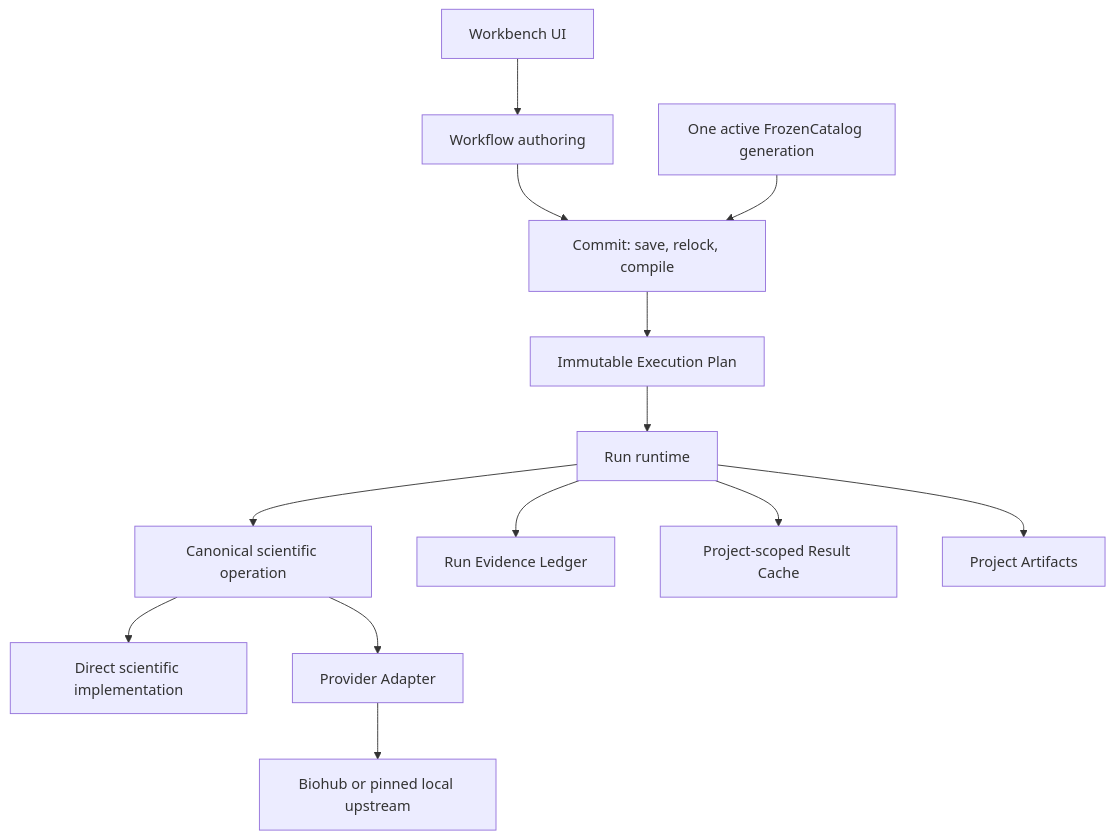
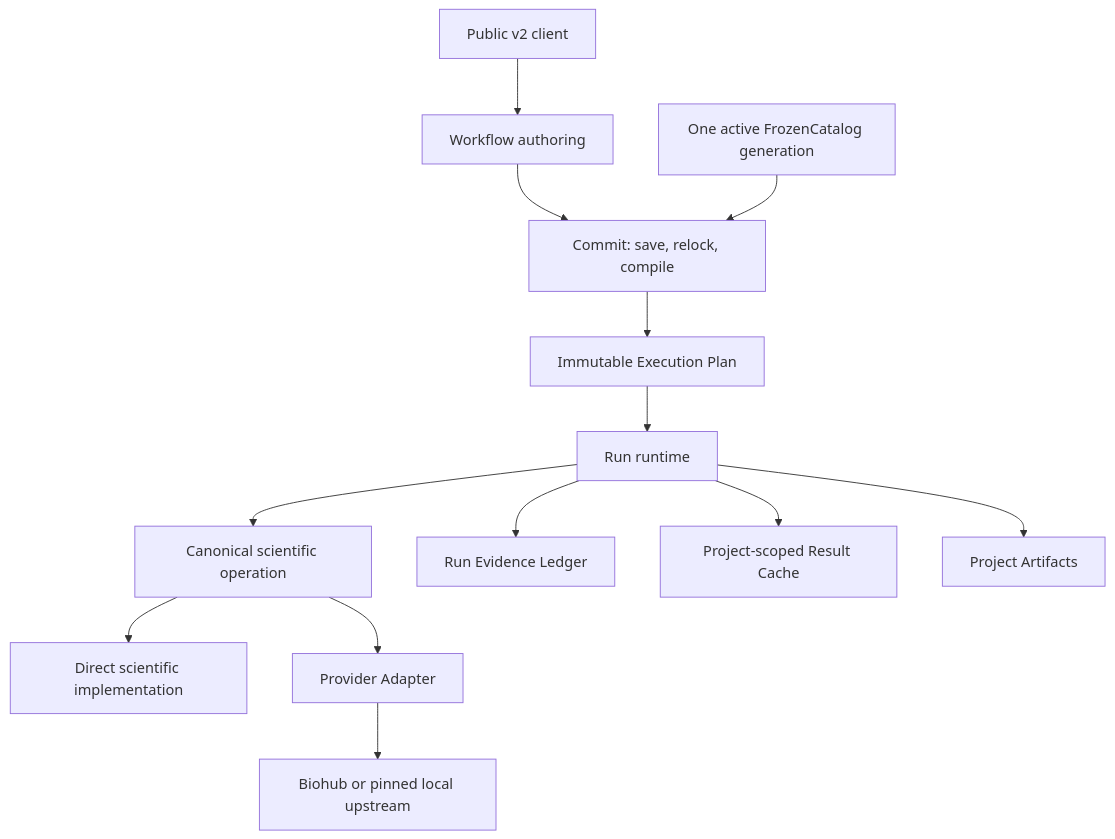
One commit to natsusorahoshinochan-max/modules-ESM changed the first of 3 diagrams in docs/protein_workbench_architecture.md. Above: the diagram before and after it, drawn with Mermaid. The commit also changed other lines of this file and 135 other files, not shown here.

````diff
--- a/docs/protein_workbench_architecture.md
+++ b/docs/protein_workbench_architecture.md
@@ -44,15 +44,15 @@
 ```mermaid
 flowchart TB
-    UI["Workbench UI"] --> AUTHOR["Workflow authoring"]
+    CLIENT["Public v2 client"] --> AUTHOR["Workflow authoring"]
     AUTHOR --> COMMIT["Commit: save, relock, compile"]
     CATALOG["One active FrozenCatalog generation"] --> COMMIT
     COMMIT --> PLAN["Immutable Execution Plan"]
     PLAN --> RUN["Run runtime"]
     RUN --> OP["Canonical scientific operation"]
     OP --> DIRECT["Direct scientific implementation"]
     OP --> ADAPTER["Provider Adapter"]
     ADAPTER --> EXTERNAL["Biohub or pinned local upstream"]
     RUN --> EVIDENCE["Run Evidence Ledger"]
     RUN --> CACHE["Project-scoped Result Cache"]
     RUN --> ARTIFACTS["Project Artifacts"]
 ```
````
